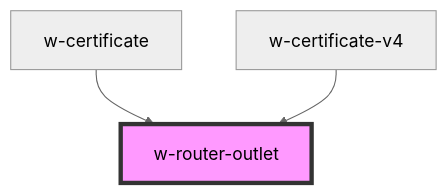
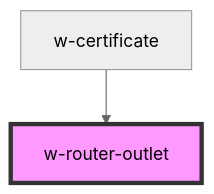
The diagram in src/components/w-router-outlet/readme.md (wordproof/ui), drawn with Mermaid (neutral theme) before and after one commit. The commit also changed other lines of this file and 12 other files, not shown here.

````diff
--- a/src/components/w-router-outlet/readme.md
+++ b/src/components/w-router-outlet/readme.md
@@ -24,6 +23,5 @@
 ```mermaid
 graph TD;
   w-certificate --> w-router-outlet
-  w-certificate-v4 --> w-router-outlet
   style w-router-outlet fill:#f9f,stroke:#333,stroke-width:4px
 ```
````
